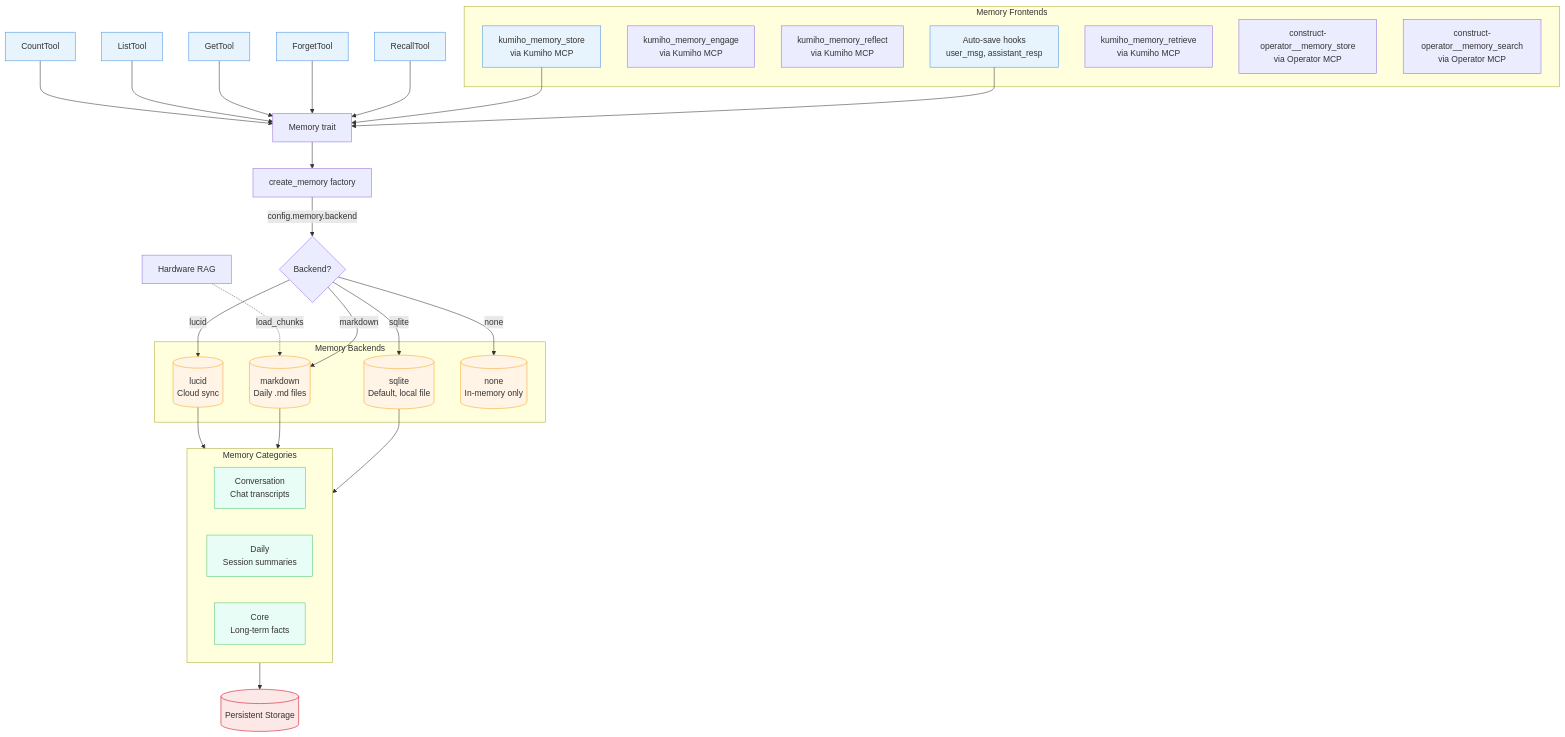
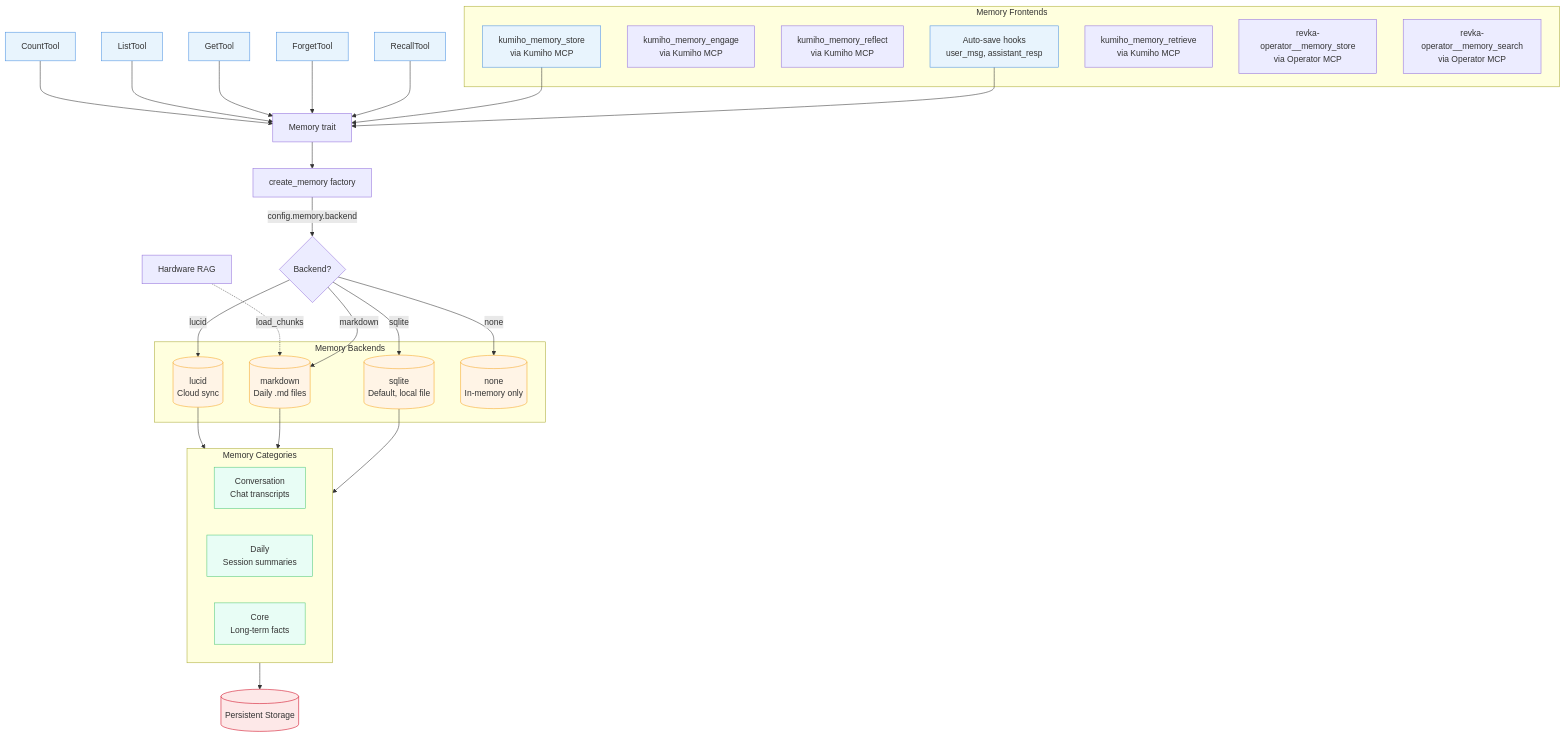
One commit to KumihoIO/Revka changed the eighth of 14 diagrams in docs/assets/architecture-diagrams.md. Above: the diagram before and after it, drawn with Mermaid. The commit also changed other lines of this file and 954 other files, not shown here.

````diff
--- a/docs/assets/architecture-diagrams.md
+++ b/docs/assets/architecture-diagrams.md
@@ -412,59 +412,59 @@
 ```mermaid
 flowchart TB
     subgraph Frontend[Memory Frontends]
         AutoSave[Auto-save hooks<br/>user_msg, assistant_resp]
         EngageTool[kumiho_memory_engage<br/>via Kumiho MCP]
         ReflectTool[kumiho_memory_reflect<br/>via Kumiho MCP]
         StoreTool[kumiho_memory_store<br/>via Kumiho MCP]
         RetrieveTool[kumiho_memory_retrieve<br/>via Kumiho MCP]
-        OperatorStore[construct-operator__memory_store<br/>via Operator MCP]
-        OperatorSearch[construct-operator__memory_search<br/>via Operator MCP]
+        OperatorStore[revka-operator__memory_store<br/>via Operator MCP]
+        OperatorSearch[revka-operator__memory_search<br/>via Operator MCP]
     end
 
     subgraph Backends[Memory Backends]
         Sqlite[(sqlite<br/>Default, local file)]
         Markdown[(markdown<br/>Daily .md files)]
         Lucid[(lucid<br/>Cloud sync)]
         None[(none<br/>In-memory only)]
     end
 
     subgraph Categories[Memory Categories]
         Conv[Conversation<br/>Chat transcripts]
         Daily[Daily<br/>Session summaries]
         Core[Core<br/>Long-term facts]
     end
 
     AutoSave --> MemoryTrait[Memory trait]
     StoreTool --> MemoryTrait
     RecallTool --> MemoryTrait
     ForgetTool --> MemoryTrait
     GetTool --> MemoryTrait
     ListTool --> MemoryTrait
     CountTool --> MemoryTrait
 
     MemoryTrait --> Factory[create_memory factory]
     Factory -->|config.memory.backend| BackendSelect{Backend?}
 
     BackendSelect -->|sqlite| Sqlite
     BackendSelect -->|markdown| Markdown
     BackendSelect -->|lucid| Lucid
     BackendSelect -->|none| None
 
     Sqlite --> Categories
     Markdown --> Categories
     Lucid --> Categories
 
     Categories --> Storage[(Persistent Storage)]
 
     RAG[Hardware RAG] -.->|load_chunks| Markdown
 
     classDef frontend fill:#E8F4FD,stroke:#4A90E2
     classDef backend fill:#FFF4E6,stroke:#F5A623
     classDef category fill:#E8FDF5,stroke:#50C878
     classDef storage fill:#FDE8E8,stroke:#D0021B
 
     class AutoSave,StoreTool,RecallTool,ForgetTool,GetTool,ListTool,CountTool frontend
     class Sqlite,Markdown,Lucid,None backend
     class Conv,Daily,Core category
     class Storage storage
 ```
````
